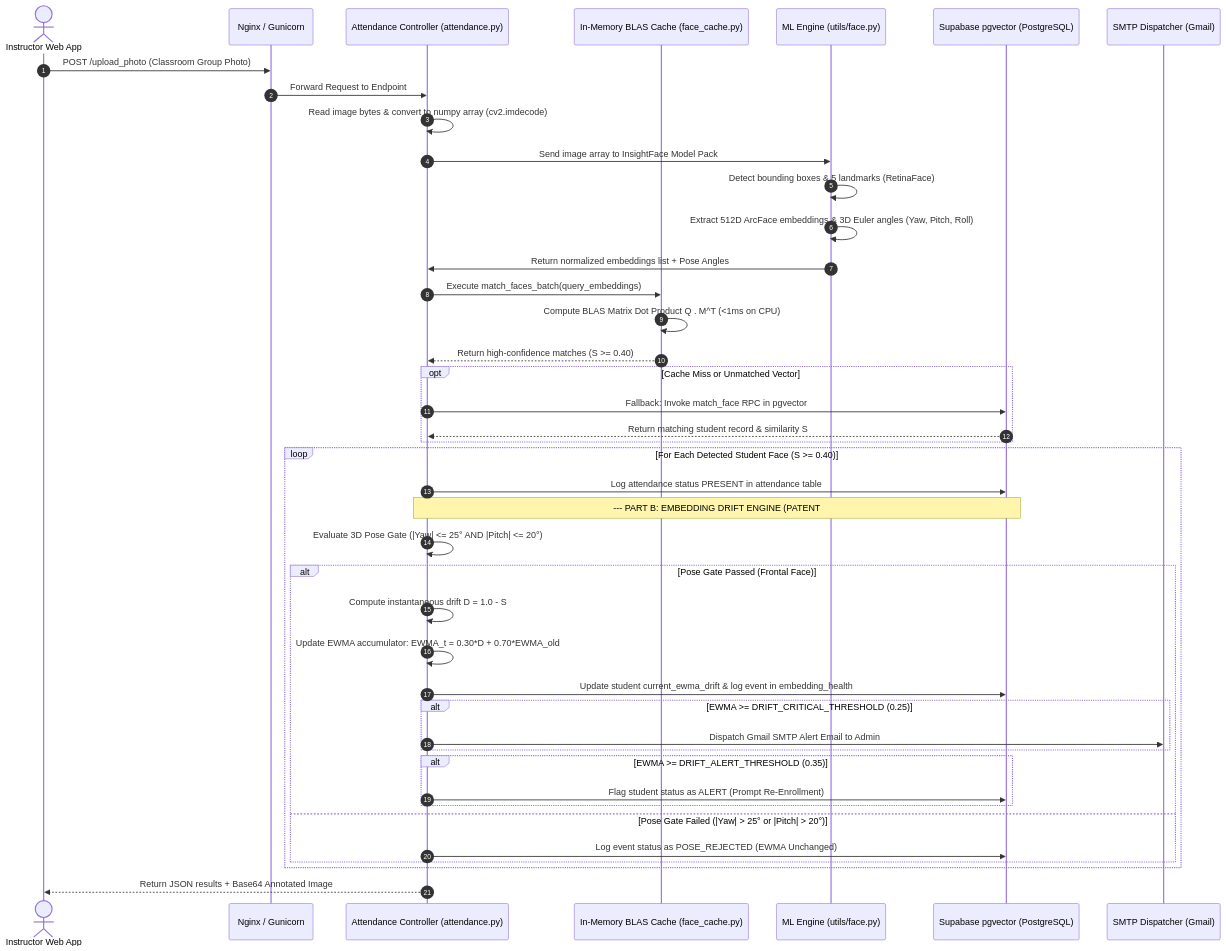
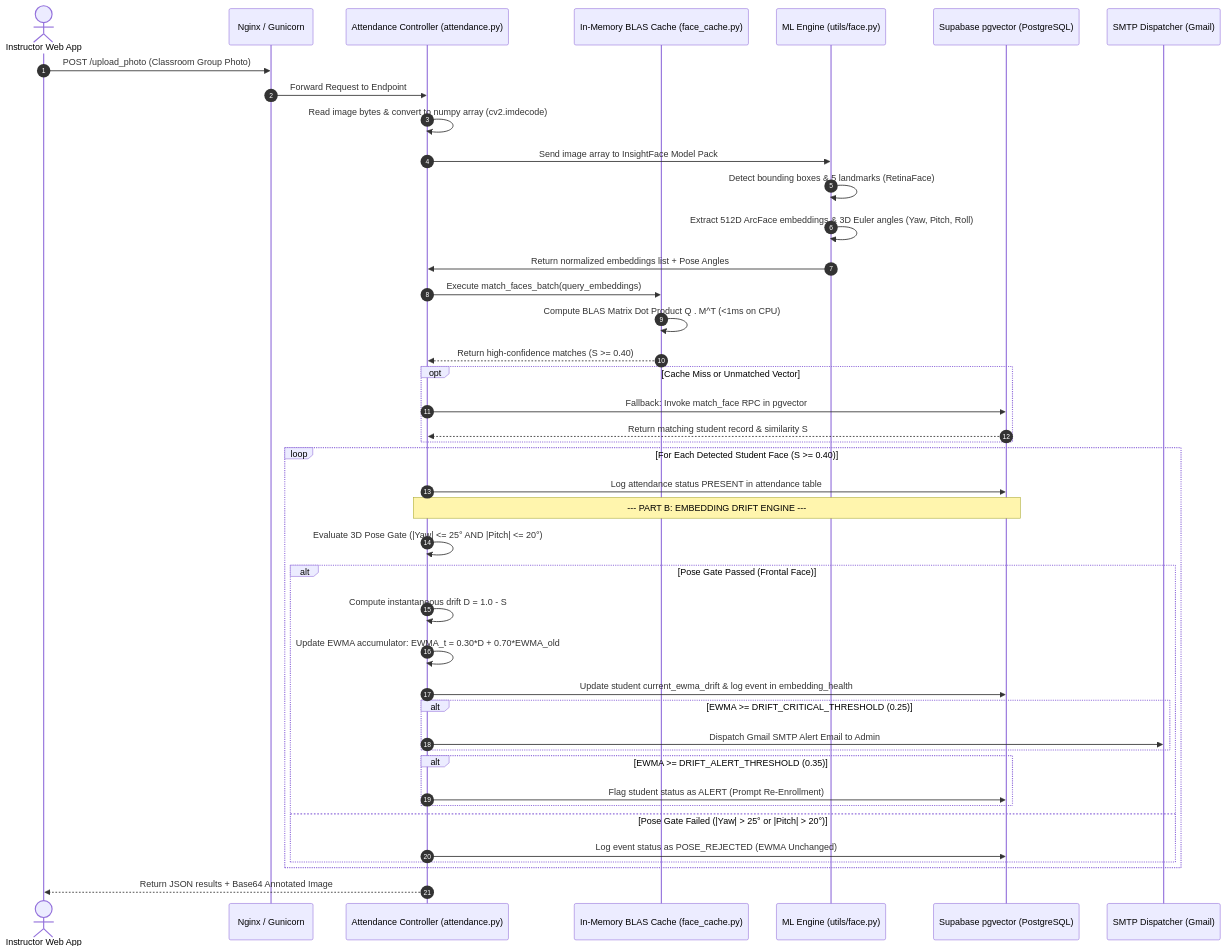
One commit to ArnavPundir22/Face-Attendance-System-Web-Version changed the diagram in docs/architecture.md. Above: the diagram before and after it, drawn with Mermaid. The commit also changed other lines of this file and 11 other files, not shown here.

````diff
--- a/docs/architecture.md
+++ b/docs/architecture.md
@@ -56,50 +52,50 @@
 ```mermaid
 sequenceDiagram
     autonumber
     actor Client as Instructor Web App
     participant Proxy as Nginx / Gunicorn
     participant App as Attendance Controller (attendance.py)
     participant Cache as In-Memory BLAS Cache (face_cache.py)
     participant ML as ML Engine (utils/face.py)
     participant DB as Supabase pgvector (PostgreSQL)
     participant Mail as SMTP Dispatcher (Gmail)
 
     Client->>Proxy: POST /upload_photo (Classroom Group Photo)
     Proxy->>App: Forward Request to Endpoint
     App->>App: Read image bytes & convert to numpy array (cv2.imdecode)
     App->>ML: Send image array to InsightFace Model Pack
     ML->>ML: Detect bounding boxes & 5 landmarks (RetinaFace)
     ML->>ML: Extract 512D ArcFace embeddings & 3D Euler angles (Yaw, Pitch, Roll)
     ML->>App: Return normalized embeddings list + Pose Angles
 
     App->>Cache: Execute match_faces_batch(query_embeddings)
     Cache->>Cache: Compute BLAS Matrix Dot Product Q . M^T (<1ms on CPU)
     Cache-->>App: Return high-confidence matches (S >= 0.40)
 
     opt Cache Miss or Unmatched Vector
         App->>DB: Fallback: Invoke match_face RPC in pgvector
         DB-->>App: Return matching student record & similarity S
     end
 
     loop For Each Detected Student Face (S >= 0.40)
         App->>DB: Log attendance status PRESENT in attendance table
         
-        note over App, DB: --- PART B: EMBEDDING DRIFT ENGINE (PATENT #3) ---
+        note over App, DB: --- PART B: EMBEDDING DRIFT ENGINE ---
         App->>App: Evaluate 3D Pose Gate (|Yaw| <= 25° AND |Pitch| <= 20°)
         alt Pose Gate Passed (Frontal Face)
             App->>App: Compute instantaneous drift D = 1.0 - S
             App->>App: Update EWMA accumulator: EWMA_t = 0.30*D + 0.70*EWMA_old
             App->>DB: Update student current_ewma_drift & log event in embedding_health
             
             alt EWMA >= DRIFT_CRITICAL_THRESHOLD (0.25)
                 App->>Mail: Dispatch Gmail SMTP Alert Email to Admin
             end
             alt EWMA >= DRIFT_ALERT_THRESHOLD (0.35)
                 App->>DB: Flag student status as ALERT (Prompt Re-Enrollment)
             end
         else Pose Gate Failed (|Yaw| > 25° or |Pitch| > 20°)
             App->>DB: Log event status as POSE_REJECTED (EWMA Unchanged)
         end
     end
     App-->>Client: Return JSON results + Base64 Annotated Image
 ```
````
